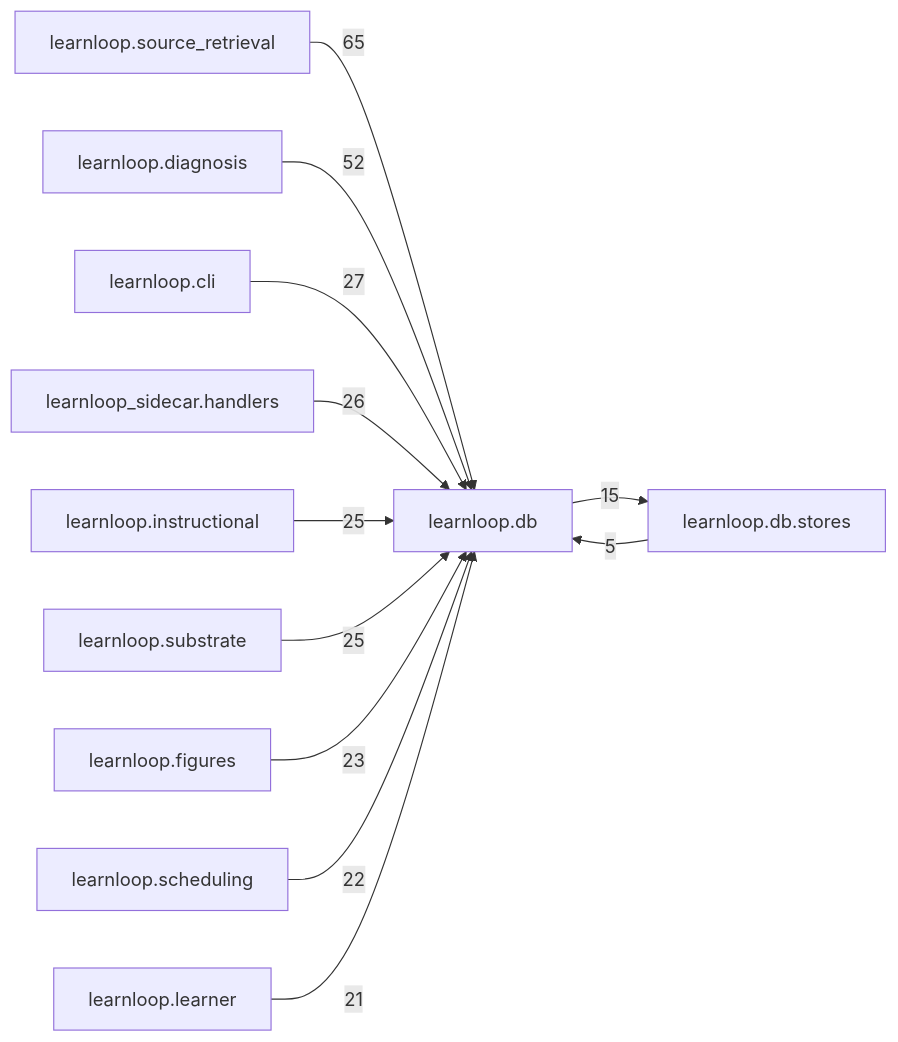
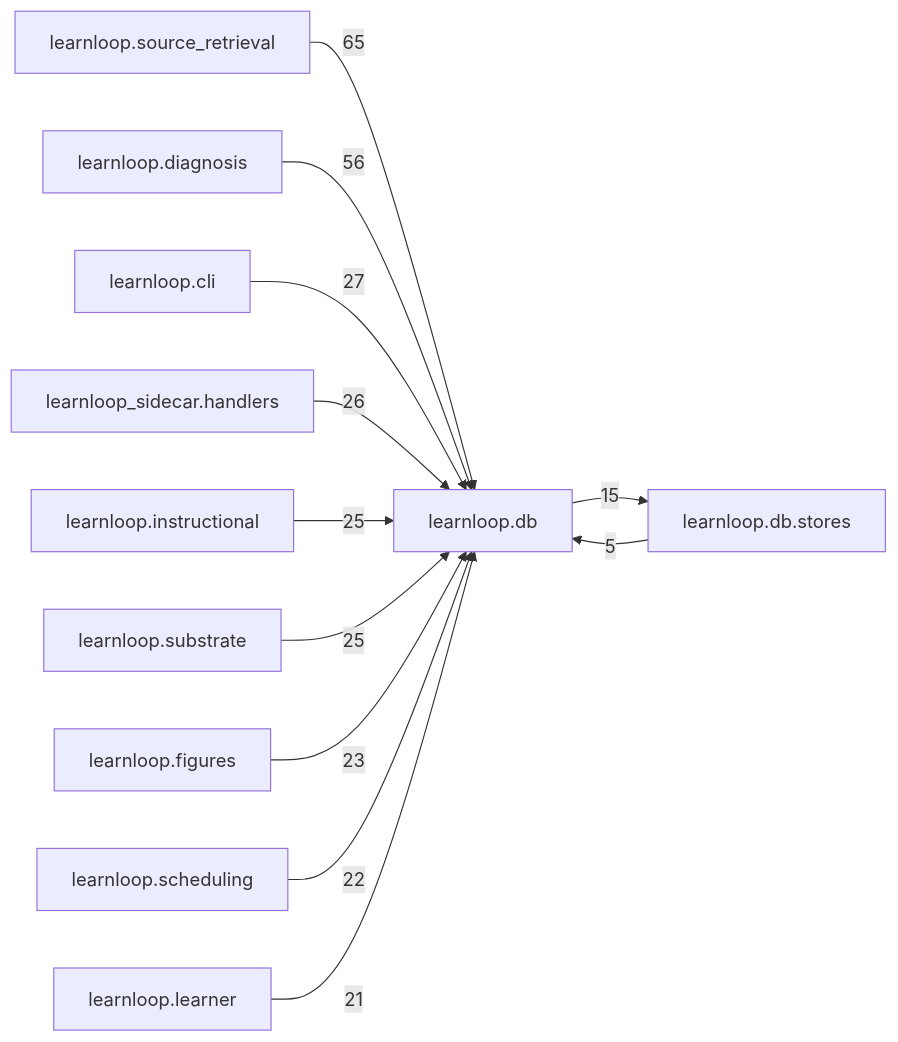
Before and after one commit to 6up-b/learnanything: the diagram in docs/learnloop-architecture-vault/Reference/Modules/learnloop/db/_package.md, drawn with Mermaid. The commit also changed other lines of this file and 66 other files, not shown here.

````diff
--- a/docs/learnloop-architecture-vault/Reference/Modules/learnloop/db/_package.md
+++ b/docs/learnloop-architecture-vault/Reference/Modules/learnloop/db/_package.md
@@ -138,25 +138,25 @@
 ```mermaid
 flowchart LR
     center["learnloop.db"]
     n_learnloop_source_retrieval["learnloop.source_retrieval"]
     n_learnloop_diagnosis["learnloop.diagnosis"]
     n_learnloop_cli["learnloop.cli"]
     n_learnloop_sidecar_handlers["learnloop_sidecar.handlers"]
     n_learnloop_instructional["learnloop.instructional"]
     n_learnloop_substrate["learnloop.substrate"]
     n_learnloop_figures["learnloop.figures"]
     n_learnloop_scheduling["learnloop.scheduling"]
     n_learnloop_learner["learnloop.learner"]
     n_learnloop_db_stores["learnloop.db.stores"]
     n_learnloop_source_retrieval -->|65| center
-    n_learnloop_diagnosis -->|52| center
+    n_learnloop_diagnosis -->|56| center
     n_learnloop_cli -->|27| center
     n_learnloop_sidecar_handlers -->|26| center
     n_learnloop_instructional -->|25| center
     n_learnloop_substrate -->|25| center
     n_learnloop_figures -->|23| center
     n_learnloop_scheduling -->|22| center
     n_learnloop_learner -->|21| center
     n_learnloop_db_stores -->|5| center
     center -->|15| n_learnloop_db_stores
 ```
````
